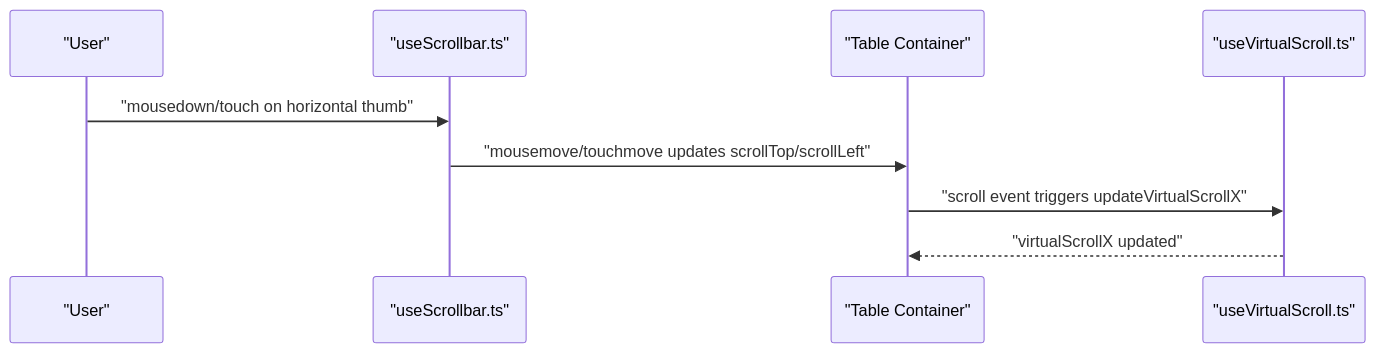
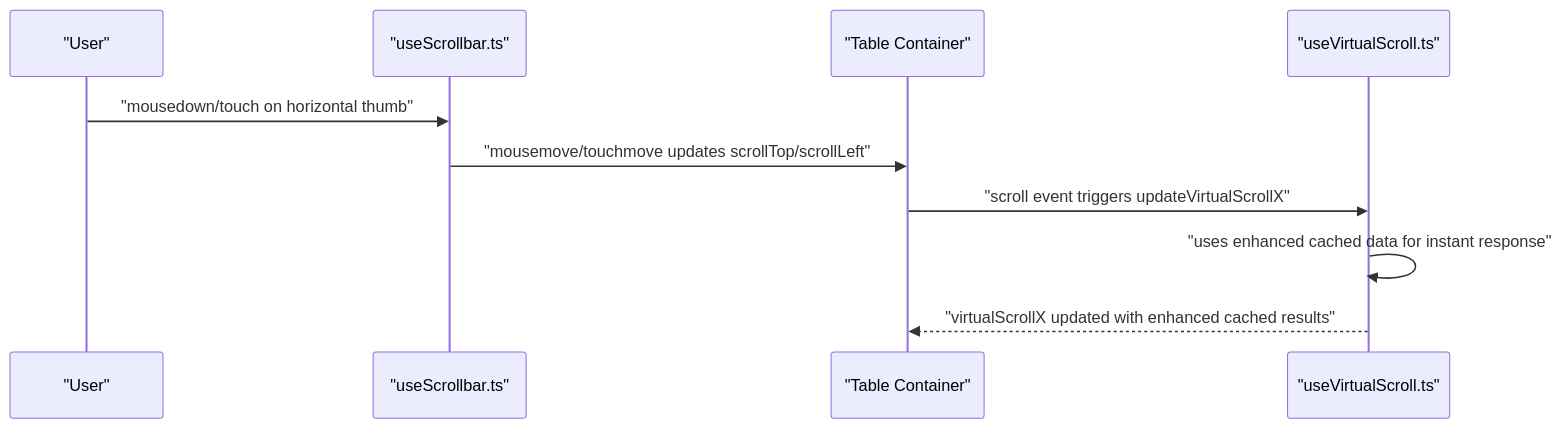
Diagram 11 of 12 in .qoder/repowiki/en/content/Advanced Features/Virtual Scrolling/Horizontal Virtual Scrolling.md (ja-plus/stk-table-vue), drawn with Mermaid before and after one commit. The commit also changed other lines of this file and 7 other files, not shown here.

````diff
--- a/.qoder/repowiki/en/content/Advanced Features/Virtual Scrolling/Horizontal Virtual Scrolling.md
+++ b/.qoder/repowiki/en/content/Advanced Features/Virtual Scrolling/Horizontal Virtual Scrolling.md
@@ -247,11 +411,12 @@
 ```mermaid
 sequenceDiagram
 participant User as "User"
 participant SB as "useScrollbar.ts"
 participant DOM as "Table Container"
 participant VSC as "useVirtualScroll.ts"
 User->>SB : "mousedown/touch on horizontal thumb"
 SB->>DOM : "mousemove/touchmove updates scrollTop/scrollLeft"
 DOM->>VSC : "scroll event triggers updateVirtualScrollX"
-VSC-->>DOM : "virtualScrollX updated"
+VSC->>VSC : "uses enhanced cached data for instant response"
+VSC-->>DOM : "virtualScrollX updated with enhanced cached results"
 ```
````
